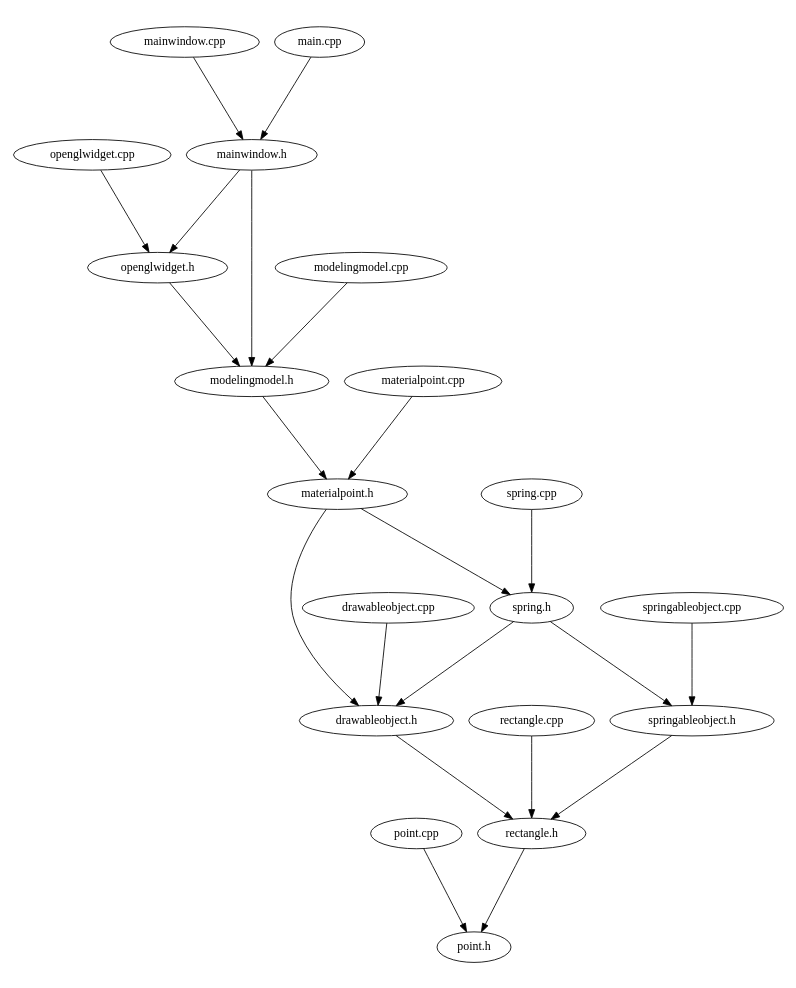
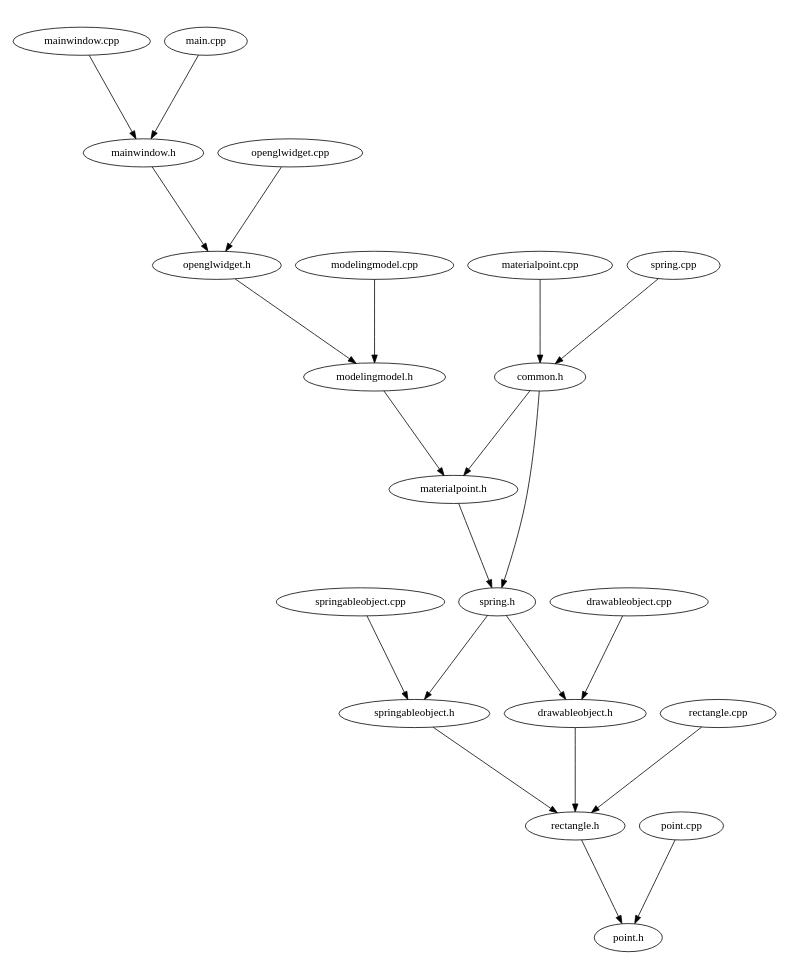
One commit to wuzzapcom/Modeling changed the diagram in source.dot. Above: the diagram before and after it, drawn with Graphviz. The commit also changed 14 other files, not shown here.

```diff
--- a/source.dot
+++ b/source.dot
@@ -1,29 +1,29 @@
 digraph "source tree" {
     overlap=scale;
     size="8,10";
     ratio="fill";
     fontsize="16";
     fontname="Helvetica";
 	clusterrank="local";
+	"mainwindow.cpp" -> "mainwindow.h"
+	"springableobject.cpp" -> "springableobject.h"
+	"springableobject.h" -> "rectangle.h"
+	"openglwidget.cpp" -> "openglwidget.h"
+	"drawableobject.h" -> "rectangle.h"
+	"common.h" -> "materialpoint.h"
+	"materialpoint.cpp" -> "common.h"
+	"drawableobject.cpp" -> "drawableobject.h"
+	"spring.cpp" -> "common.h"
+	"spring.h" -> "drawableobject.h"
+	"point.cpp" -> "point.h"
+	"modelingmodel.cpp" -> "modelingmodel.h"
+	"main.cpp" -> "mainwindow.h"
+	"spring.h" -> "springableobject.h"
+	"openglwidget.h" -> "modelingmodel.h"
 	"materialpoint.h" -> "spring.h"
+	"modelingmodel.h" -> "materialpoint.h"
+	"rectangle.cpp" -> "rectangle.h"
 	"mainwindow.h" -> "openglwidget.h"
-	"mainwindow.h" -> "modelingmodel.h"
-	"springableobject.h" -> "rectangle.h"
-	"materialpoint.cpp" -> "materialpoint.h"
-	"mainwindow.cpp" -> "mainwindow.h"
-	"spring.h" -> "springableobject.h"
-	"modelingmodel.cpp" -> "modelingmodel.h"
-	"modelingmodel.h" -> "materialpoint.h"
-	"drawableobject.cpp" -> "drawableobject.h"
-	"spring.cpp" -> "spring.h"
-	"drawableobject.h" -> "rectangle.h"
-	"materialpoint.h" -> "drawableobject.h"
-	"openglwidget.cpp" -> "openglwidget.h"
-	"point.cpp" -> "point.h"
 	"rectangle.h" -> "point.h"
-	"springableobject.cpp" -> "springableobject.h"
-	"openglwidget.h" -> "modelingmodel.h"
-	"rectangle.cpp" -> "rectangle.h"
-	"main.cpp" -> "mainwindow.h"
-	"spring.h" -> "drawableobject.h"
+	"common.h" -> "spring.h"
 }
```
